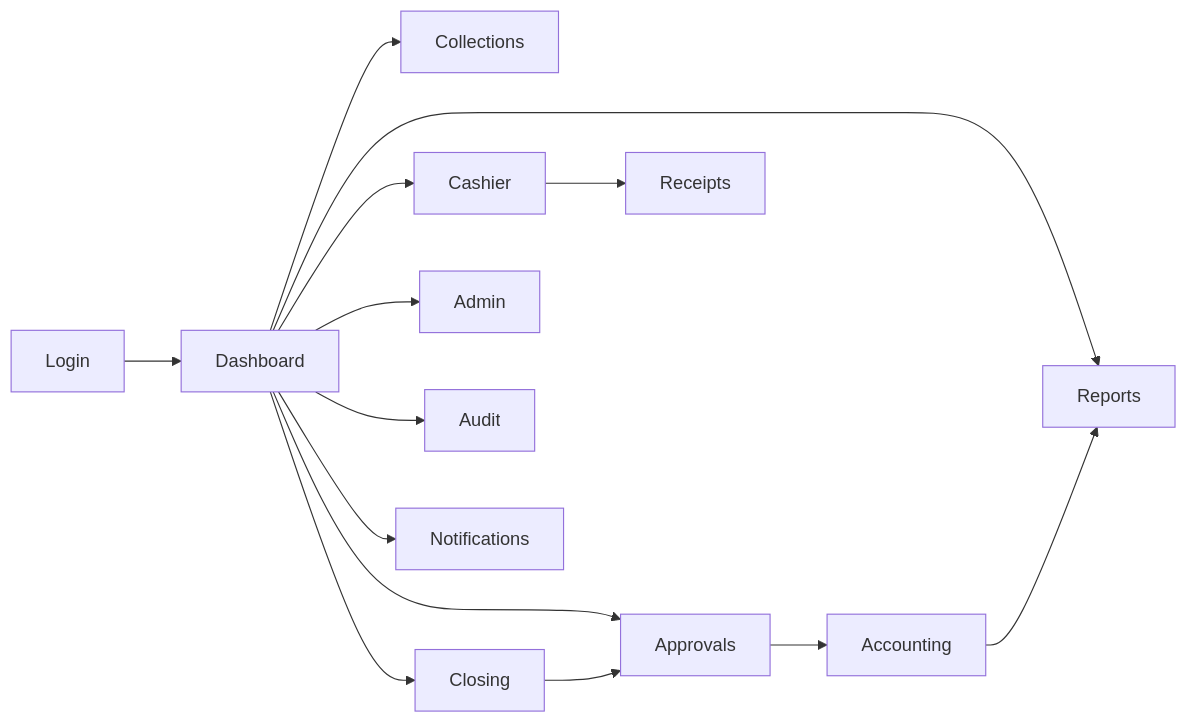
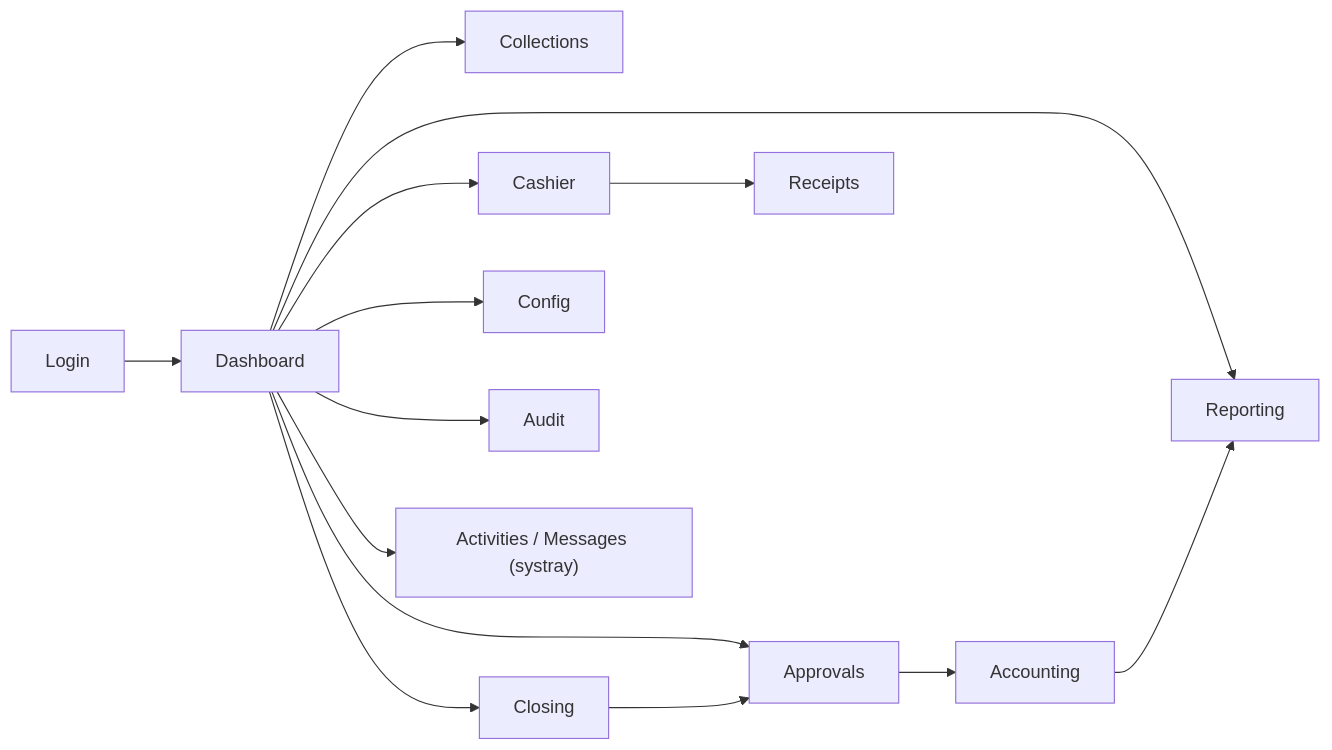
The diagram in docs/UIUX.md (arunideen/branch-cash-management-system-odoo), drawn with Mermaid before and after one commit. The commit also changed other lines of this file and 53 other files, not shown here.

````diff
--- a/docs/UIUX.md
+++ b/docs/UIUX.md
@@ -113,8 +77,8 @@
 ```mermaid
 graph LR
     Login --> Dashboard
-    Dashboard --> Collections & Cashier & Closing & Approvals & Reports & Admin & Audit
+    Dashboard --> Collections & Cashier & Closing & Approvals & Reporting & Config & Audit
     Cashier --> Receipts
-    Closing --> Approvals --> Accounting --> Reports
-    Dashboard --> Notifications
+    Closing --> Approvals --> Accounting --> Reporting
+    Dashboard --> Activities["Activities / Messages (systray)"]
 ```
````
